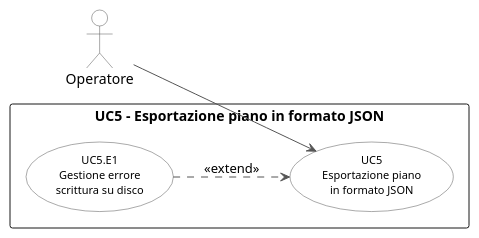
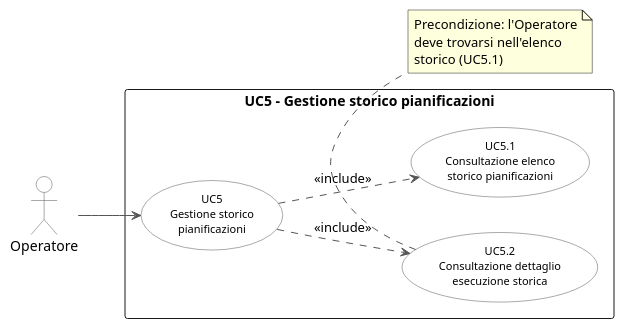
Before and after one commit to Faverooo/Tesi-MarcoFavero: the diagram in plantuml/usecase/uc5.puml, drawn with PlantUML. The commit also changed 20 other files, not shown here.

```diff
--- a/plantuml/usecase/uc5.puml
+++ b/plantuml/usecase/uc5.puml
@@ -1,24 +1,32 @@
 @startuml uc5
 left to right direction
 skinparam backgroundColor white
 skinparam usecase {
     BackgroundColor White
     BorderColor #555555
     ArrowColor #555555
     FontSize 11
 }
 skinparam actor {
     BackgroundColor White
     BorderColor #555555
 }
 
 actor "Operatore" as op
 
-rectangle "UC5 - Esportazione piano in formato JSON" {
-    (UC5\nEsportazione piano\nin formato JSON) as UC5
-    (UC5.E1\nGestione errore\nscrittura su disco) as UC5E1
+rectangle "UC5 - Gestione storico pianificazioni" {
+    (UC5\nGestione storico\npianificazioni) as UC5
+    (UC5.1\nConsultazione elenco\nstorico pianificazioni) as UC51
+    (UC5.2\nConsultazione dettaglio\nesecuzione storica) as UC52
 }
 
 op --> UC5
-UC5E1 ..> UC5 : <<extend>>
+UC5 ..> UC51 : <<include>>
+UC5 ..> UC52 : <<include>>
+
+note bottom of UC52
+  Precondizione: l'Operatore
+  deve trovarsi nell'elenco
+  storico (UC5.1)
+end note
 @enduml
```
